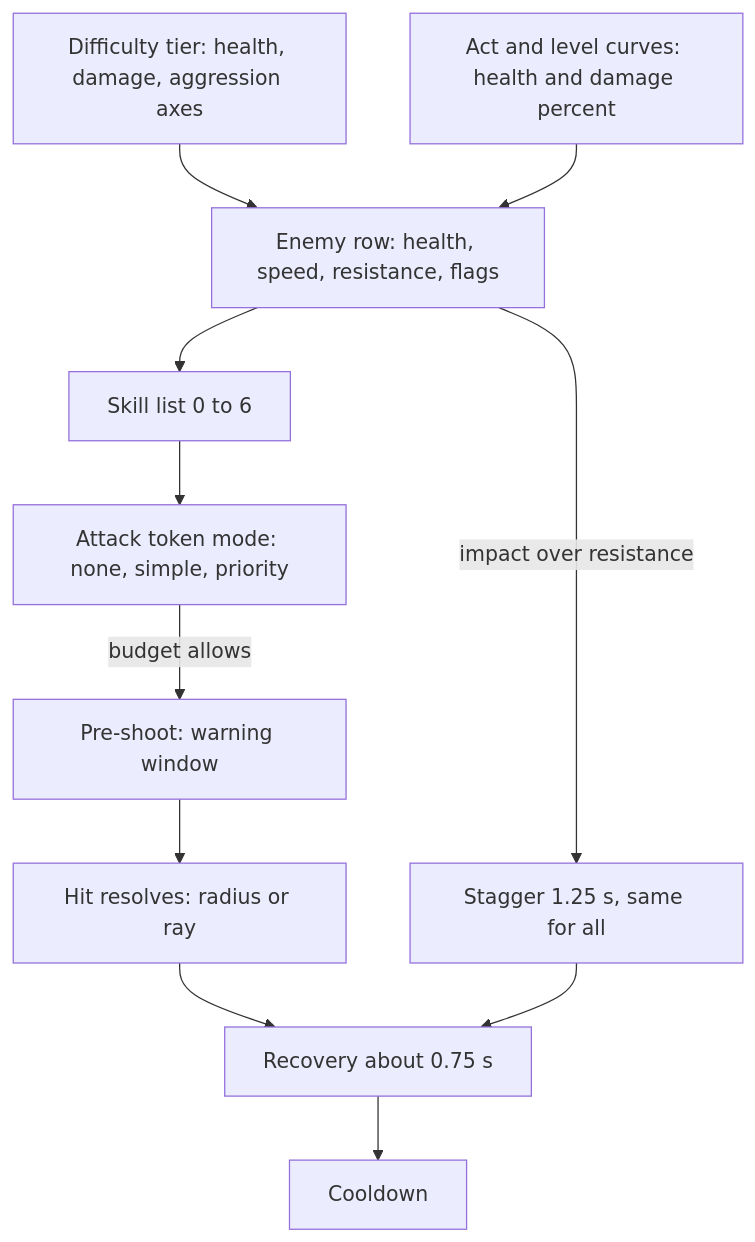
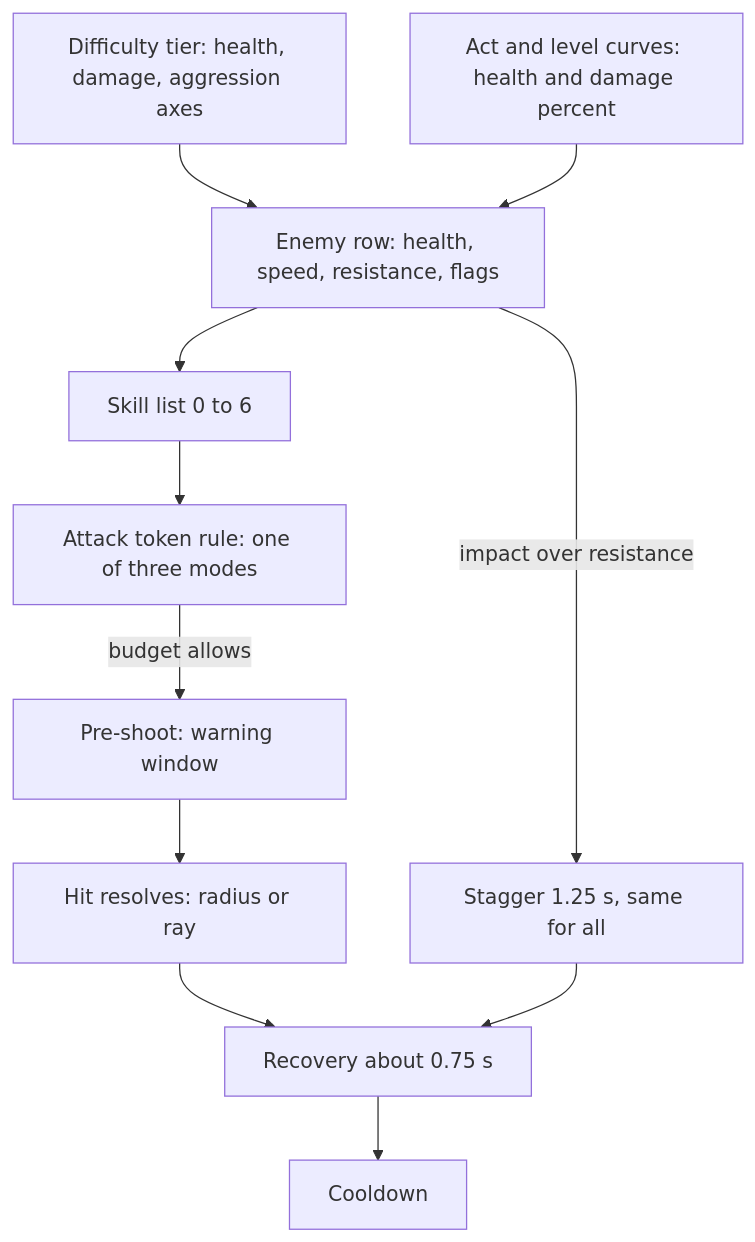
The diagram in sketches/core-loop/design-v3/research/comps/roboquest/enemies-and-telegraphs.md (bananahana720/scrapkeep), drawn with Mermaid before and after one commit. The commit also changed other lines of this file and 12 other files, not shown here.

````diff
--- a/sketches/core-loop/design-v3/research/comps/roboquest/enemies-and-telegraphs.md
+++ b/sketches/core-loop/design-v3/research/comps/roboquest/enemies-and-telegraphs.md
@@ -28,13 +28,13 @@
 ```mermaid
 flowchart TD
     D[Difficulty tier: health, damage, aggression axes] --> E[Enemy row: health, speed, resistance, flags]
     A[Act and level curves: health and damage percent] --> E
     E --> S[Skill list 0 to 6]
-    S --> T[Attack token mode: none, simple, priority]
+    S --> T[Attack token rule: one of three modes]
     T -->|budget allows| P[Pre-shoot: warning window]
     P --> H[Hit resolves: radius or ray]
     H --> R[Recovery about 0.75 s]
     R --> C[Cooldown]
     E -->|impact over resistance| G[Stagger 1.25 s, same for all]
     G --> R
 ```
````
